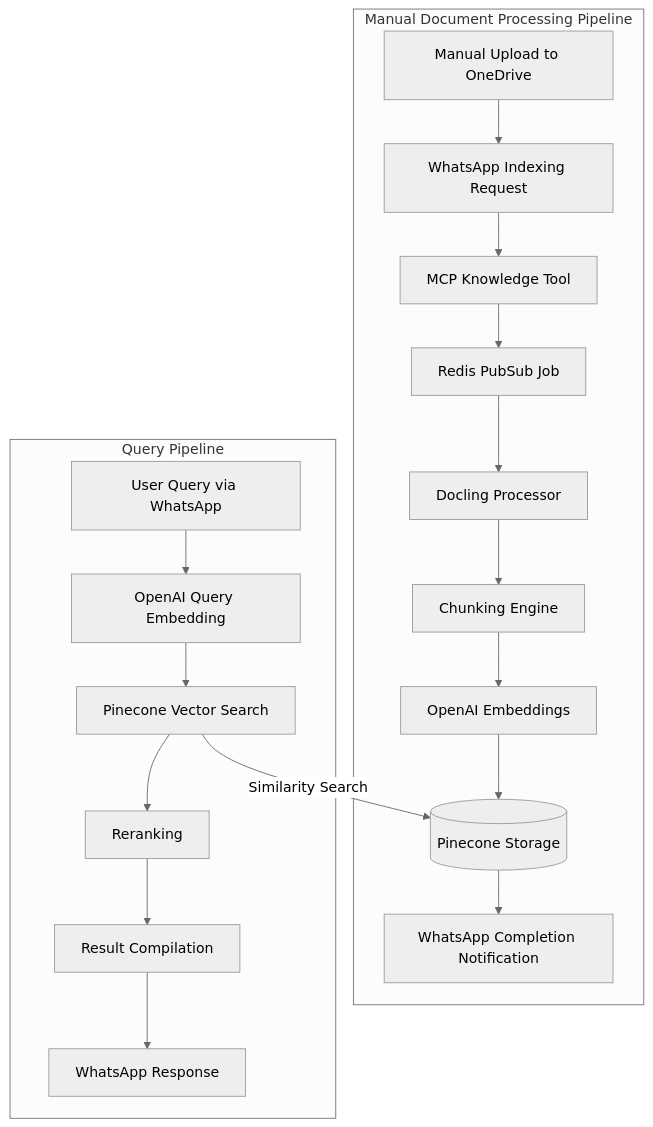
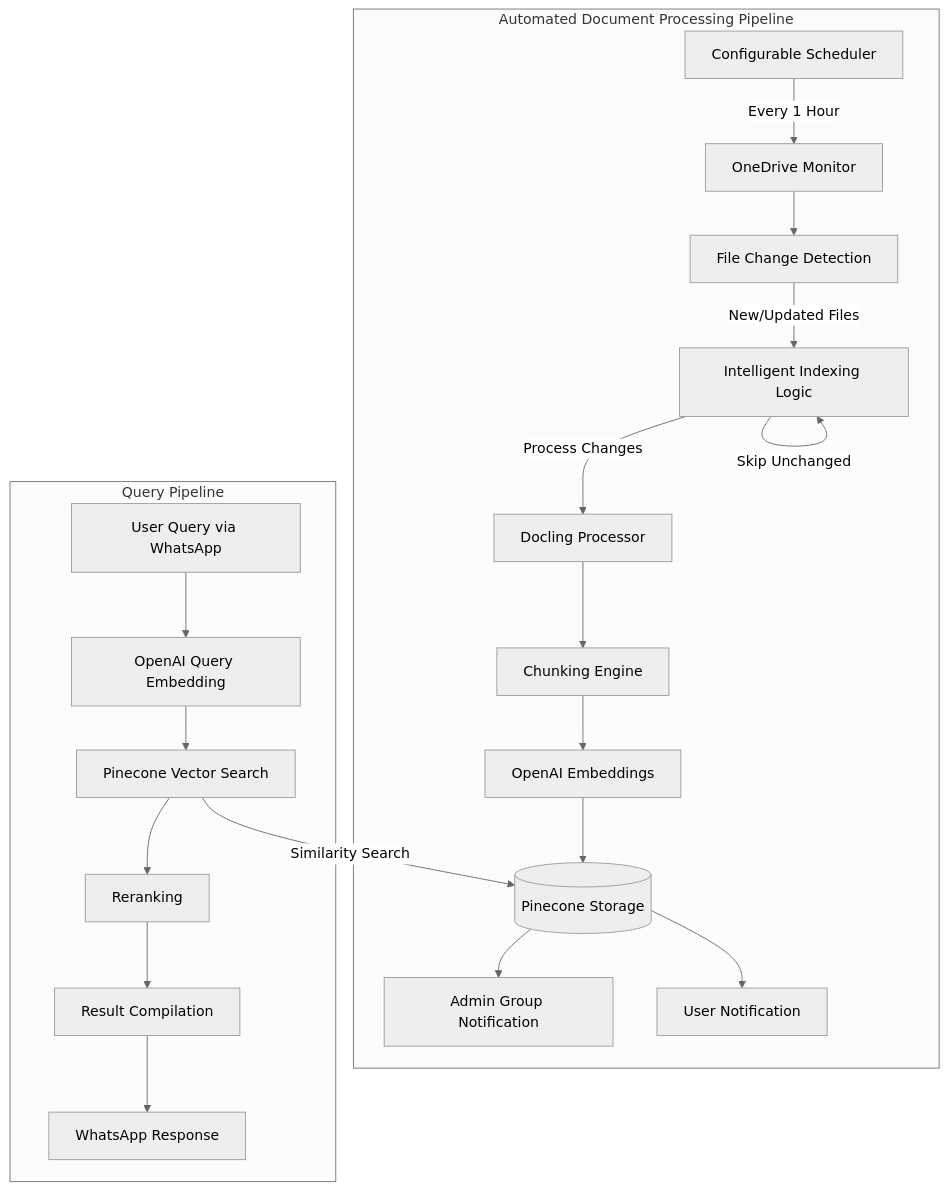
One commit to mcholismalik/aiva-eng-spec changed the fourth of 8 diagrams in readme.md. Above: the diagram before and after it, drawn with Mermaid (neutral theme). The commit also changed other lines of this file, not shown here.

Commit message:
fix some flow

````diff
--- a/readme.md
+++ b/readme.md
@@ -386,39 +393,42 @@
 ```mermaid
 graph TB
-    subgraph "Manual Document Processing Pipeline"
-        MU[Manual Upload to OneDrive]
-        WA[WhatsApp Indexing Request]
-        MCP[MCP Knowledge Tool]
-        RP[Redis PubSub Job]
+    subgraph "Automated Document Processing Pipeline"
+        SCH[Configurable Scheduler]
+        ODM[OneDrive Monitor]
+        FCH[File Change Detection]
+        IIL[Intelligent Indexing Logic]
         DL[Docling Processor]
         CH[Chunking Engine]
         EM[OpenAI Embeddings]
         PC[(Pinecone Storage)]
-        WN[WhatsApp Completion Notification]
+        AGN[Admin Group Notification]
+        UN[User Notification]
     end
     
     subgraph "Query Pipeline"
         UQ[User Query via WhatsApp]
         QE[OpenAI Query Embedding]
         VS[Pinecone Vector Search]
         RR[Reranking]
         RC[Result Compilation]
         WR[WhatsApp Response]
     end
     
-    MU --> WA
-    WA --> MCP
-    MCP --> RP
-    RP --> DL
+    SCH --> |Every 1 Hour| ODM
+    ODM --> FCH
+    FCH --> |New/Updated Files| IIL
+    IIL --> |Skip Unchanged| IIL
+    IIL --> |Process Changes| DL
     DL --> CH
     CH --> EM
     EM --> PC
-    PC --> WN
+    PC --> AGN
+    PC --> UN
     
     UQ --> QE
     QE --> VS
     VS --> |Similarity Search| PC
     VS --> RR
     RR --> RC
     RC --> WR
 ```
````
